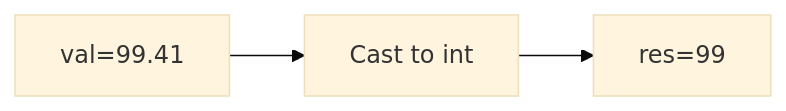
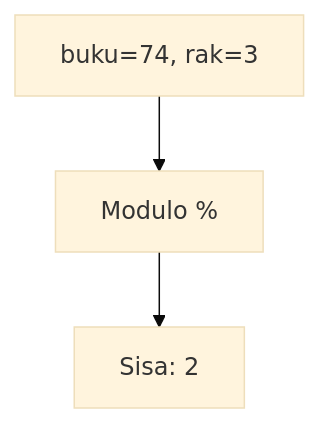
Before and after one commit to amnahwaida/OSNK_INF_PREP: diagram 17 of 25 in part-c-pemahaman-cpp/01-tipe-data/latihan/set-11.md, drawn with Mermaid (base theme). The commit also changed other lines of this file and 71 other files, not shown here.

````diff
--- a/part-c-pemahaman-cpp/01-tipe-data/latihan/set-11.md
+++ b/part-c-pemahaman-cpp/01-tipe-data/latihan/set-11.md
@@ -459,5 +478,5 @@
 ```mermaid
-graph LR
-A["val=99.41"] --> B["Cast to int"]
-B --> C["res=99"]
+graph TD
+A["buku=74, rak=3"] --> B["Modulo %"]
+B --> C["Sisa: 2"]
 ```
````
